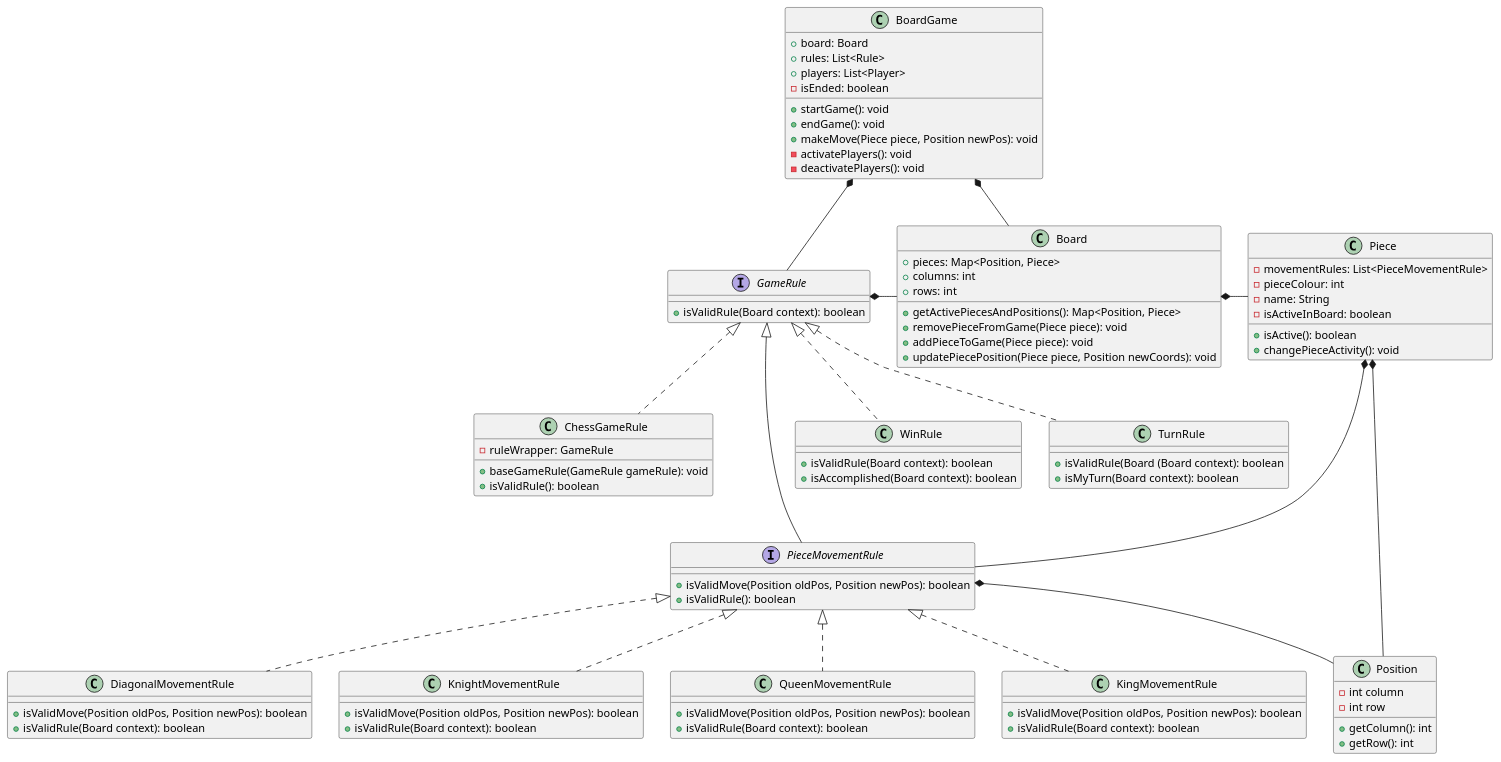
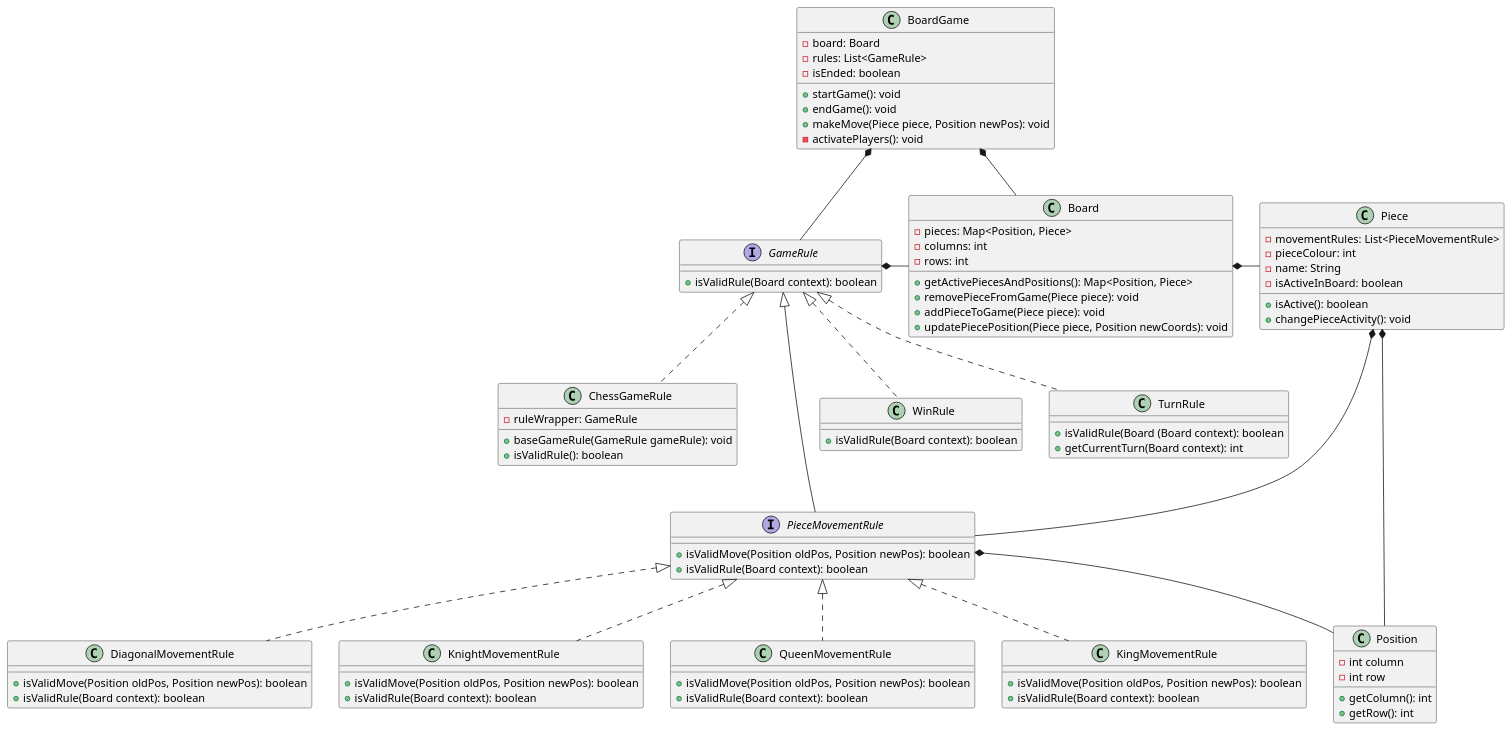
The diagram in engine/src/main/java/edu/austral/dissis/chess/diagrams/Chess.puml (FranCalveyra/chess), drawn with PlantUML before and after one commit. The commit also changed 14 other files, not shown here.

```diff
--- a/engine/src/main/java/edu/austral/dissis/chess/diagrams/Chess.puml
+++ b/engine/src/main/java/edu/austral/dissis/chess/diagrams/Chess.puml
@@ -1,99 +1,96 @@
 @startuml
 class BoardGame{
-+board: Board
-+rules: List<Rule>
-+players: List<Player>
+-board: Board
+-rules: List<GameRule>
 -isEnded: boolean
 +startGame(): void
 +endGame(): void
 +makeMove(Piece piece, Position newPos): void
 -activatePlayers(): void
--deactivatePlayers(): void
 }
 
 class Board {
-+pieces: Map<Position, Piece>
-+columns: int
-+rows: int
+-pieces: Map<Position, Piece>
+-columns: int
+-rows: int
 +getActivePiecesAndPositions(): Map<Position, Piece>
 +removePieceFromGame(Piece piece): void
 +addPieceToGame(Piece piece): void
 +updatePiecePosition(Piece piece, Position newCoords): void
 }
 
 interface GameRule{
 +isValidRule(Board context): boolean
 }
 
 class WinRule implements GameRule{
 +isValidRule(Board context): boolean
-+isAccomplished(Board context): boolean
 }
 
 class TurnRule implements GameRule{
 +isValidRule(Board (Board context): boolean
-+isMyTurn(Board context): boolean
++getCurrentTurn(Board context): int
 }
 
 ' Decorator Pattern
 class ChessGameRule implements GameRule{
 -ruleWrapper: GameRule
 +baseGameRule(GameRule gameRule): void
 +isValidRule(): boolean
 }
 
 class Piece{
 -movementRules: List<PieceMovementRule>
 -pieceColour: int
 -name: String
 -isActiveInBoard: boolean
 +isActive(): boolean
 +changePieceActivity(): void
 }
 
 ' Extra classes
 interface PieceMovementRule implements GameRule{
 +isValidMove(Position oldPos, Position newPos): boolean
-+isValidRule(): boolean
++isValidRule(Board context): boolean
 }
 
 class DiagonalMovementRule implements PieceMovementRule{
 +isValidMove(Position oldPos, Position newPos): boolean
 +isValidRule(Board context): boolean
 }
 
 class KnightMovementRule implements PieceMovementRule{
 +isValidMove(Position oldPos, Position newPos): boolean
 +isValidRule(Board context): boolean
 }
 
 class QueenMovementRule implements PieceMovementRule{
 +isValidMove(Position oldPos, Position newPos): boolean
 +isValidRule(Board context): boolean
 }
 
 class KingMovementRule implements PieceMovementRule{
 +isValidMove(Position oldPos, Position newPos): boolean
 +isValidRule(Board context): boolean
 }
 
 
 class Position{
 -int column
 -int row
 +getColumn(): int
 +getRow(): int
 }
 
 ' Usages and else
 BoardGame *-- Board
 BoardGame *- GameRule
 Piece *--- PieceMovementRule
 Piece *- Position
 Board *- Piece
 PieceMovementRule *-- Position
 GameRule *- Board
 
 ' Hacer diagrama de secuencia también
 
 @enduml
```
